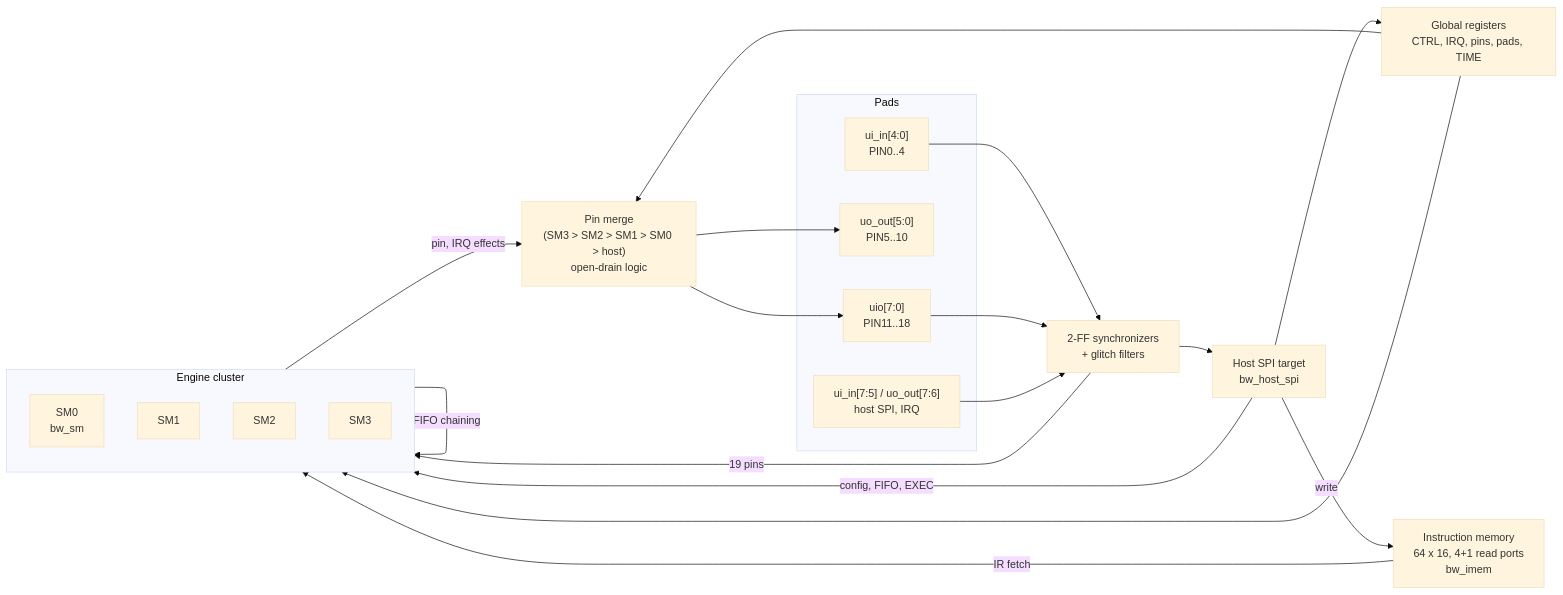
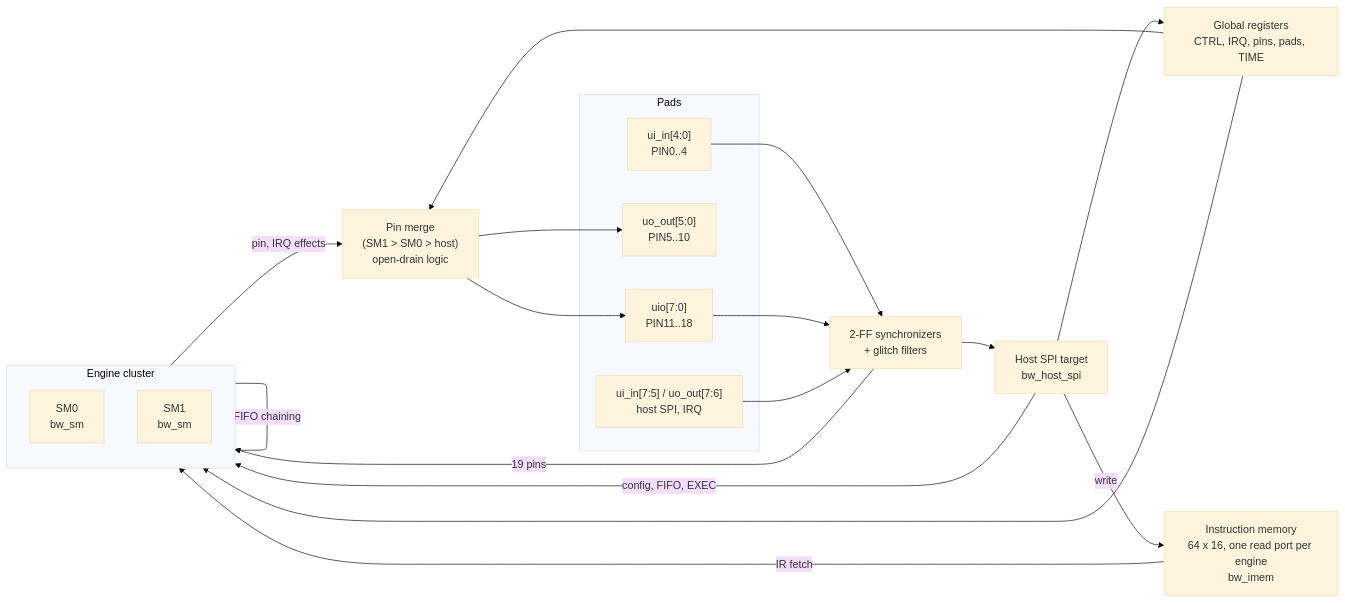
One commit to nnphanusf/js_asic_2026 changed the diagram in docs/architecture.md. Above: the diagram before and after it, drawn with Mermaid (base theme). The commit also changed other lines of this file and 29 other files, not shown here.

First line of the commit message:
Cut to two engines and drop the IMEM host read port so the design routes in an 8x4 tile

````diff
--- a/docs/architecture.md
+++ b/docs/architecture.md
@@ -16,34 +16,32 @@
 ```mermaid
 flowchart LR
     subgraph pads [Pads]
         ui["ui_in[4:0]<br/>PIN0..4"]
         uo["uo_out[5:0]<br/>PIN5..10"]
         uio["uio[7:0]<br/>PIN11..18"]
         host["ui_in[7:5] / uo_out[7:6]<br/>host SPI, IRQ"]
     end
     sync["2-FF synchronizers<br/>+ glitch filters"]
     spi["Host SPI target<br/>bw_host_spi"]
     regs["Global registers<br/>CTRL, IRQ, pins, pads, TIME"]
-    imem["Instruction memory<br/>64 x 16, 4+1 read ports<br/>bw_imem"]
+    imem["Instruction memory<br/>64 x 16, one read port per engine<br/>bw_imem"]
     subgraph cluster [Engine cluster]
         sm0["SM0<br/>bw_sm"]
-        sm1["SM1"]
-        sm2["SM2"]
-        sm3["SM3"]
+        sm1["SM1<br/>bw_sm"]
     end
-    merge["Pin merge<br/>(SM3 > SM2 > SM1 > SM0 > host)<br/>open-drain logic"]
+    merge["Pin merge<br/>(SM1 > SM0 > host)<br/>open-drain logic"]
     ui --> sync
     uio --> sync
     host --> sync --> spi
     sync -->|"19 pins"| cluster
     spi --> regs
     spi -->|"write"| imem
     spi -->|"config, FIFO, EXEC"| cluster
     imem -->|"IR fetch"| cluster
     regs --> cluster
     cluster -->|"pin, IRQ effects"| merge
     regs --> merge
     merge --> uo
     merge --> uio
     cluster -->|"FIFO chaining"| cluster
 ```
````
